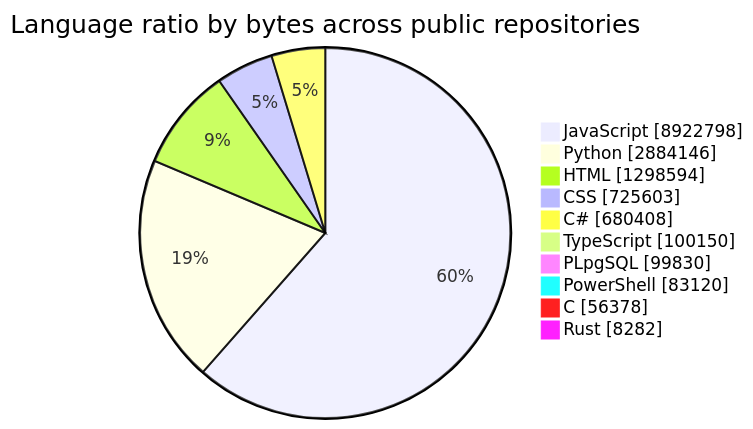
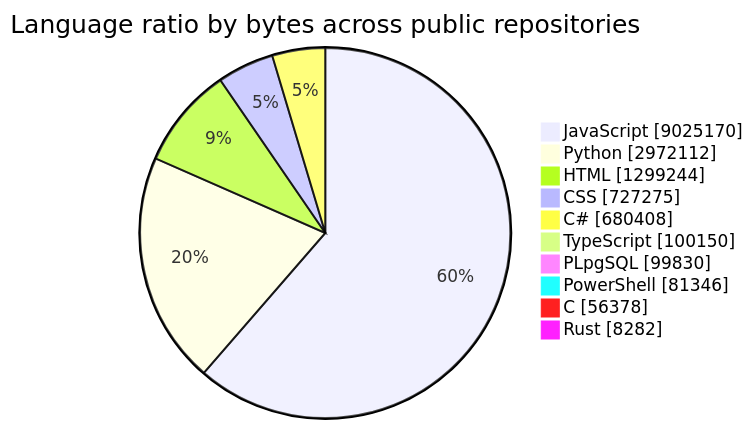
One commit to tchinso/tchinso changed the first of 2 diagrams in README.md. Above: the diagram before and after it, drawn with Mermaid. The commit also changed other lines of this file, not shown here.

````diff
--- a/README.md
+++ b/README.md
@@ -27,14 +27,14 @@
 ```mermaid
 pie showData
     title Language ratio by bytes across public repositories
-    "JavaScript" : 8922798
-    "Python" : 2884146
-    "HTML" : 1298594
-    "CSS" : 725603
+    "JavaScript" : 9025170
+    "Python" : 2972112
+    "HTML" : 1299244
+    "CSS" : 727275
     "C#" : 680408
     "TypeScript" : 100150
     "PLpgSQL" : 99830
-    "PowerShell" : 83120
+    "PowerShell" : 81346
     "C" : 56378
     "Rust" : 8282
 ```
````
